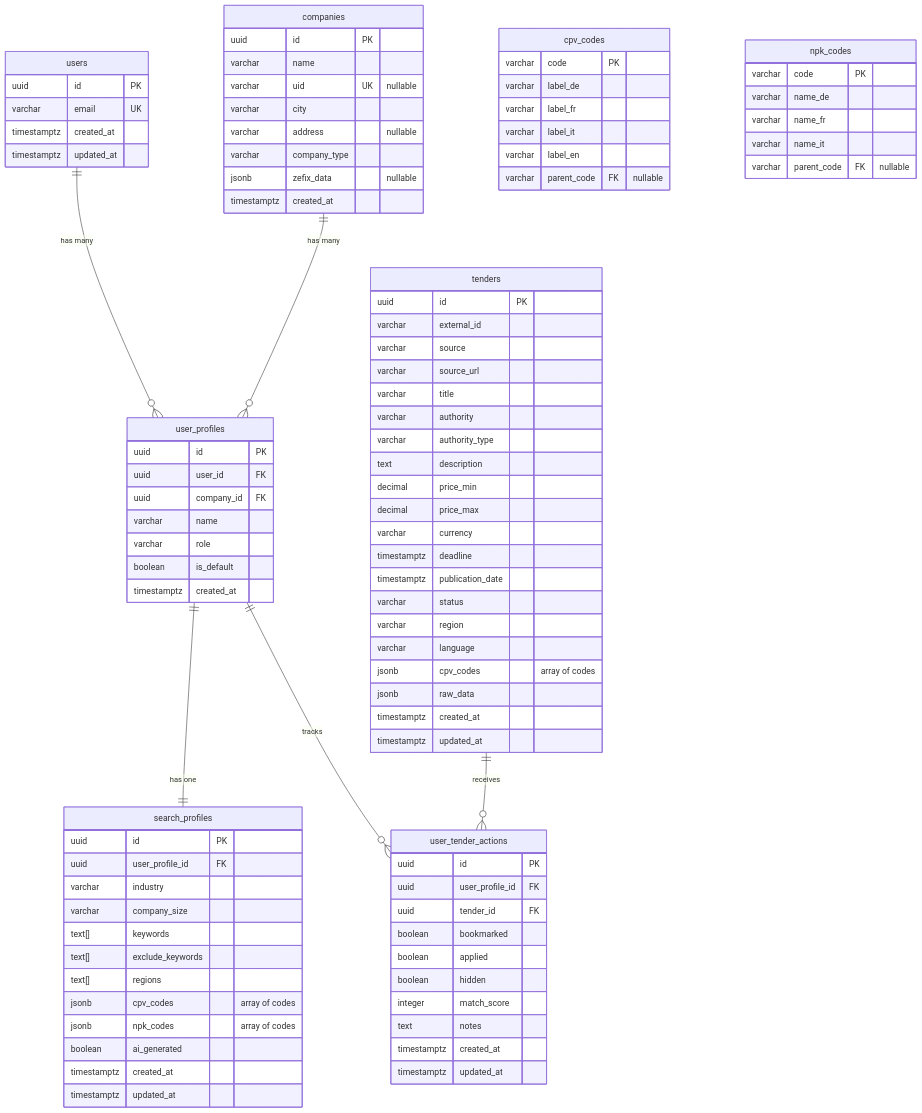
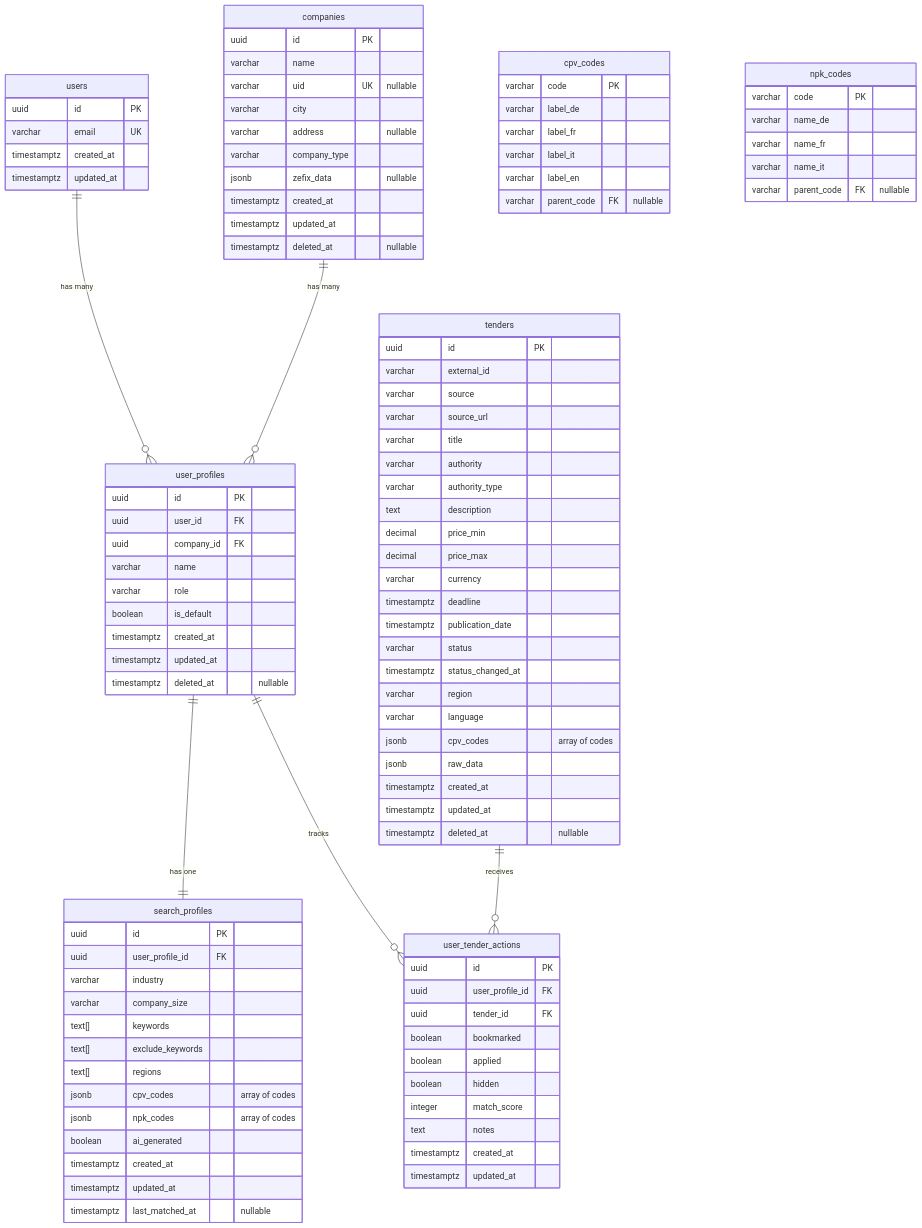
Before and after one commit to davras5/tender-scout: the first of 5 diagrams in documentation/DATABASE.md, drawn with Mermaid. The commit also changed other lines of this file, not shown here.

```diff
--- a/documentation/DATABASE.md
+++ b/documentation/DATABASE.md
@@ -29,6 +29,8 @@
         varchar company_type
         jsonb zefix_data "nullable"
         timestamptz created_at
+        timestamptz updated_at
+        timestamptz deleted_at "nullable"
     }
 
     user_profiles {
@@ -39,6 +41,8 @@
         varchar role
         boolean is_default
         timestamptz created_at
+        timestamptz updated_at
+        timestamptz deleted_at "nullable"
     }
 
     search_profiles {
@@ -54,6 +58,7 @@
         boolean ai_generated
         timestamptz created_at
         timestamptz updated_at
+        timestamptz last_matched_at "nullable"
     }
 
     tenders {
@@ -71,12 +76,14 @@
         timestamptz deadline
         timestamptz publication_date
         varchar status
+        timestamptz status_changed_at
         varchar region
         varchar language
         jsonb cpv_codes "array of codes"
         jsonb raw_data
         timestamptz created_at
         timestamptz updated_at
+        timestamptz deleted_at "nullable"
     }
 
     user_tender_actions {
```
